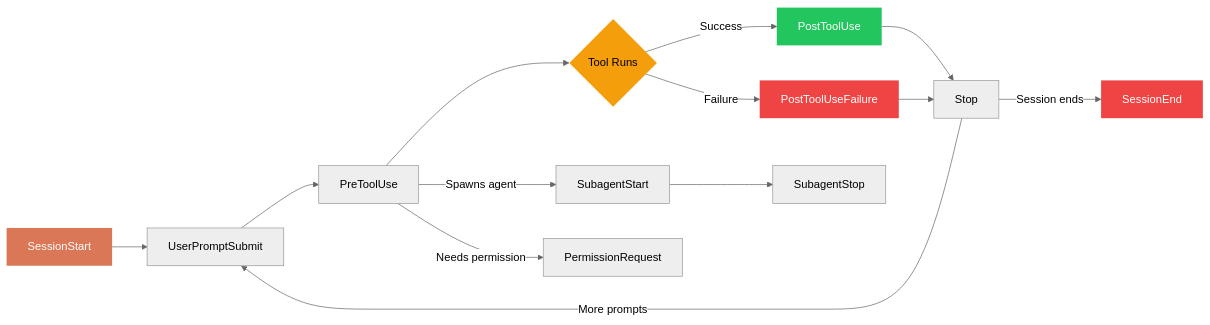
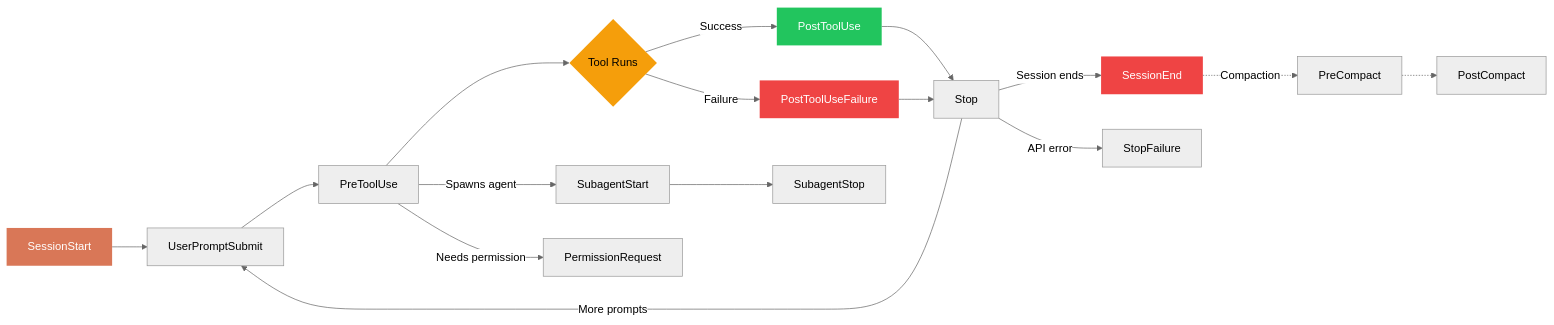
Before and after one commit to rohitg00/pro-workflow: the first of 2 diagrams in README.md, drawn with Mermaid (neutral theme). The commit also changed other lines of this file and 28 other files, not shown here.

````diff
--- a/README.md
+++ b/README.md
@@ -219,23 +232,25 @@
 ```mermaid
 graph LR
     A[SessionStart] --> B[UserPromptSubmit]
     B --> C[PreToolUse]
     C --> D{Tool Runs}
     D -->|Success| E[PostToolUse]
     D -->|Failure| F[PostToolUseFailure]
     E --> G[Stop]
     F --> G
     G -->|More prompts| B
     G -->|Session ends| H[SessionEnd]
+    G -->|API error| L[StopFailure]
+    H -.->|Compaction| M[PreCompact] -.-> N[PostCompact]
 
     C -->|Spawns agent| I[SubagentStart]
     I --> J[SubagentStop]
 
     C -->|Needs permission| K[PermissionRequest]
 
     style A fill:#D97757,color:#fff,stroke:none
     style H fill:#ef4444,color:#fff,stroke:none
     style D fill:#f59e0b,color:#000,stroke:none
     style E fill:#22c55e,color:#fff,stroke:none
     style F fill:#ef4444,color:#fff,stroke:none
 ```
````
